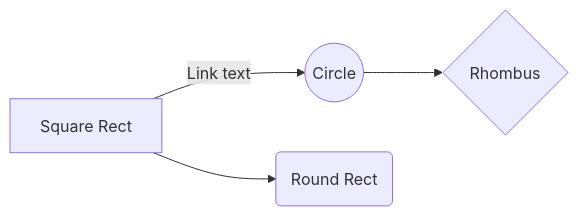
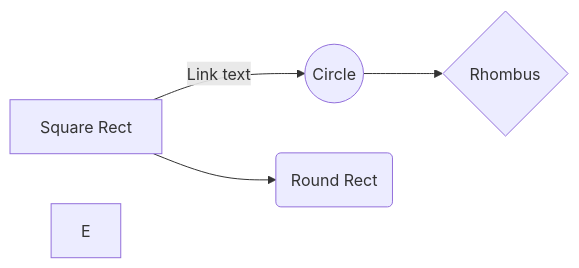
One commit to sumau/mermaid-to-svg changed the diagram in mermaid/source/branch.md. Above: the diagram before and after it, drawn with Mermaid.

````diff
--- a/mermaid/source/branch.md
+++ b/mermaid/source/branch.md
@@ -1,6 +1,7 @@
 ```mermaid
 graph LR
     A[Square Rect] -- Link text --> B((Circle))
     A --> C(Round Rect)
     B --> D{Rhombus}
+    E
 ```
````
